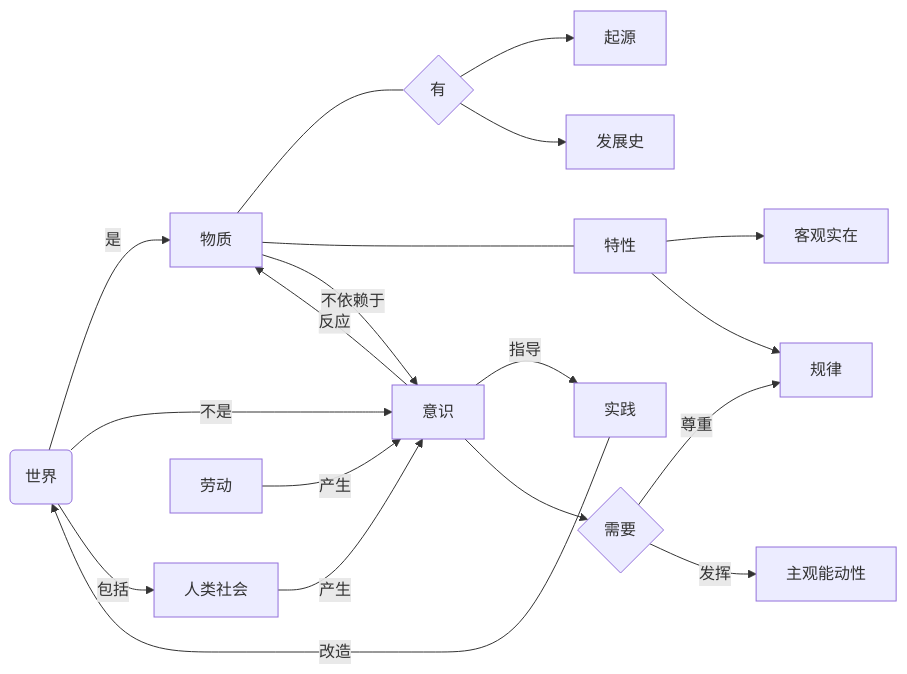
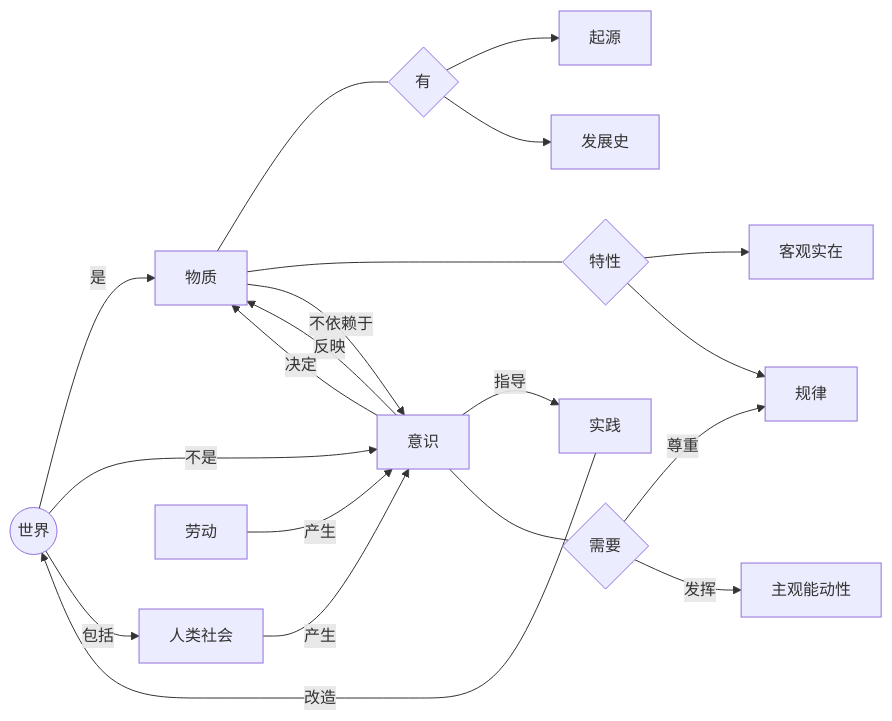
One commit to Github-DVIA/FASTlearn changed the second of 2 diagrams in docs/art/pol/4.1.md. Above: the diagram before and after it, drawn with Mermaid. The commit also changed 2 other files, not shown here.

Commit message:
update mermaid

````diff
--- a/docs/art/pol/4.1.md
+++ b/docs/art/pol/4.1.md
@@ -241,13 +241,13 @@
 ```mermaid
 flowchart LR
-world(世界) -->|是| thing[物质]
+world((世界)) -->|是| thing[物质]
 world -->|不是| think[意识]
 world -->|包括| soci[人类社会] -->|产生| think
 劳动 -->|产生| think
 thing --- thinghave{有} --> 起源 & 发展史
-thing --- thingt[特性] --> 客观实在 & reg[规律]
-think -->|反应| thing -->|不依赖于| think
+thing --- thingt{特性} --> 客观实在 & reg[规律]
+think -->|反映| thing -->|不依赖于| think -->|决定| thing
 think -->|指导| do[实践] -->|改造| world
-think --> thinkneed{需要} -->|尊重| reg
+think --- thinkneed{需要} -->|尊重| reg
 thinkneed -->|发挥| 主观能动性
 ```
````
